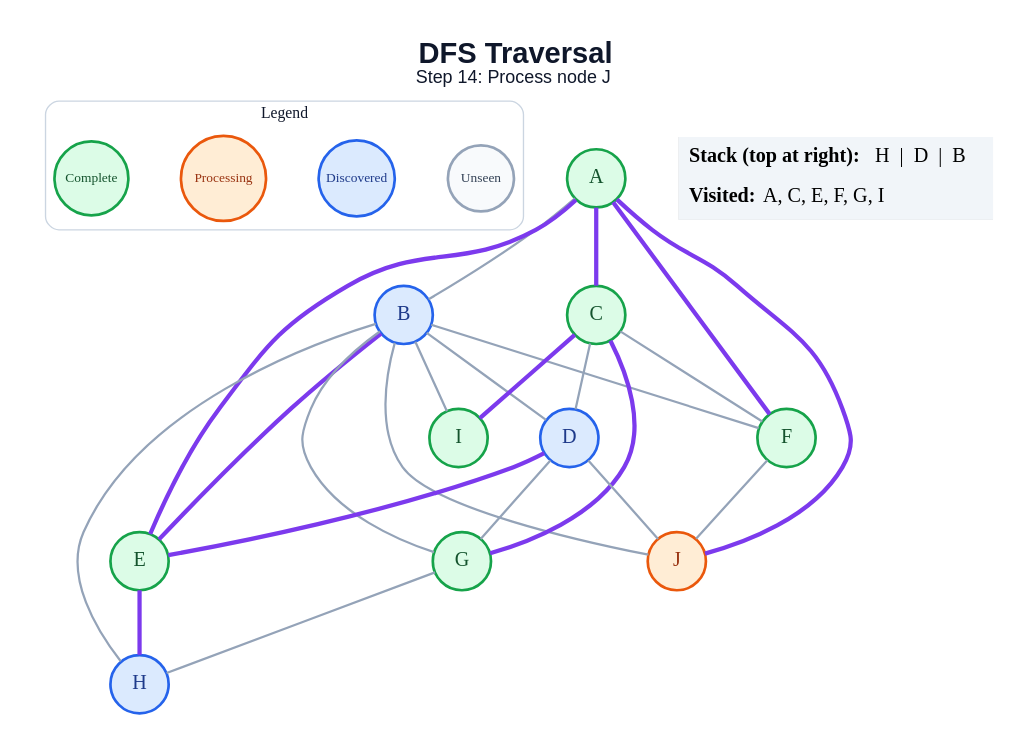
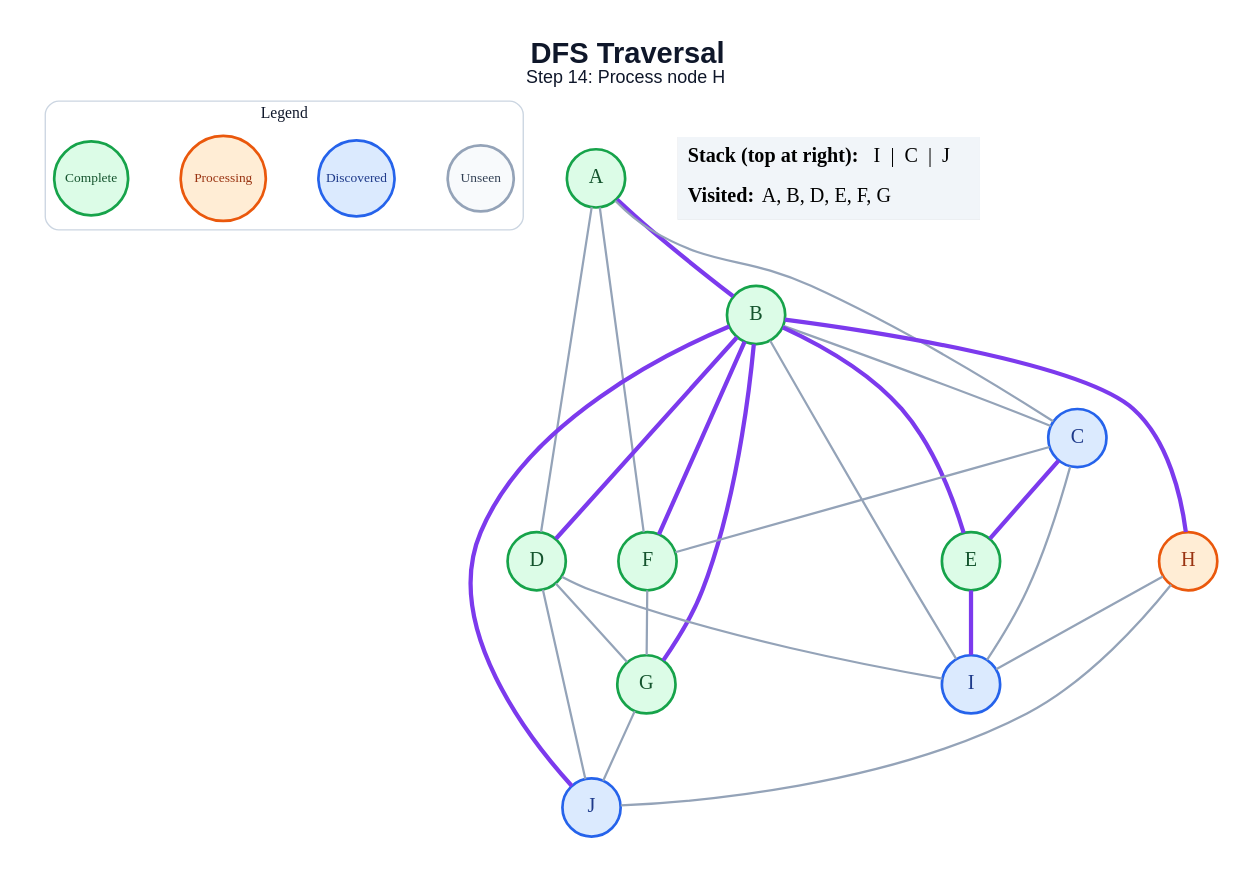
Before and after one commit to anon7238593-create/ai-slop: the diagram in generated/specific-node/dfs/step_14.dot, drawn with Graphviz. The commit also changed 178 other files, not shown here.

```diff
--- a/generated/specific-node/dfs/step_14.dot
+++ b/generated/specific-node/dfs/step_14.dot
@@ -1,51 +1,52 @@
 graph traversal {
   graph [layout=dot, rankdir=TB, bgcolor="#FFFFFF", pad="0.35", nodesep="0.65", ranksep="0.8", fontname="Arial"];
   node [shape=circle, style="filled", fontname="Arial Bold", fontsize=18, width=0.72, fixedsize=true, penwidth=2.4];
   edge [color="#94A3B8", penwidth=2.0];
-  label=<<B>DFS Traversal</B><BR/><FONT POINT-SIZE="16">Step 14: Process node J</FONT>>; labelloc="t"; fontsize=26; fontname="Arial"; fontcolor="#0F172A";
+  label=<<B>DFS Traversal</B><BR/><FONT POINT-SIZE="16">Step 14: Process node H</FONT>>; labelloc="t"; fontsize=26; fontname="Arial"; fontcolor="#0F172A";
   subgraph cluster_legend { label="Legend"; color="#CBD5E1"; penwidth=1.2; style="rounded"; fontsize=14; fontname="Arial Bold";
     key_unseen [label="Unseen", fillcolor="#F8FAFC", color="#94A3B8", fontcolor="#334155", fontsize=12, width=0.82];
     key_frontier [label="Discovered", fillcolor="#DBEAFE", color="#2563EB", fontcolor="#1E3A8A", fontsize=12, width=0.95];
     key_current [label="Processing", fillcolor="#FFEDD5", color="#EA580C", fontcolor="#9A3412", fontsize=12, width=1.05];
     key_done [label="Complete", fillcolor="#DCFCE7", color="#16A34A", fontcolor="#14532D", fontsize=12, width=0.92];
     { rank=same; key_unseen; key_frontier; key_current; key_done; }
   }
   A [fillcolor="#DCFCE7", color="#16A34A", fontcolor="#14532D"];
-  B [fillcolor="#DBEAFE", color="#2563EB", fontcolor="#1E3A8A"];
-  C [fillcolor="#DCFCE7", color="#16A34A", fontcolor="#14532D"];
-  D [fillcolor="#DBEAFE", color="#2563EB", fontcolor="#1E3A8A"];
+  B [fillcolor="#DCFCE7", color="#16A34A", fontcolor="#14532D"];
+  C [fillcolor="#DBEAFE", color="#2563EB", fontcolor="#1E3A8A"];
+  D [fillcolor="#DCFCE7", color="#16A34A", fontcolor="#14532D"];
   E [fillcolor="#DCFCE7", color="#16A34A", fontcolor="#14532D"];
   F [fillcolor="#DCFCE7", color="#16A34A", fontcolor="#14532D"];
   G [fillcolor="#DCFCE7", color="#16A34A", fontcolor="#14532D"];
-  H [fillcolor="#DBEAFE", color="#2563EB", fontcolor="#1E3A8A"];
-  I [fillcolor="#DCFCE7", color="#16A34A", fontcolor="#14532D"];
-  J [fillcolor="#FFEDD5", color="#EA580C", fontcolor="#9A3412"];
-  A -- B;
-  A -- C [color="#7C3AED", penwidth=3.8];
-  A -- E [color="#7C3AED", penwidth=3.8];
-  A -- F [color="#7C3AED", penwidth=3.8];
-  A -- J [color="#7C3AED", penwidth=3.8];
-  B -- D;
+  H [fillcolor="#FFEDD5", color="#EA580C", fontcolor="#9A3412"];
+  I [fillcolor="#DBEAFE", color="#2563EB", fontcolor="#1E3A8A"];
+  J [fillcolor="#DBEAFE", color="#2563EB", fontcolor="#1E3A8A"];
+  A -- B [color="#7C3AED", penwidth=3.8];
+  A -- C;
+  A -- D;
+  A -- F;
+  B -- C;
+  B -- D [color="#7C3AED", penwidth=3.8];
   B -- E [color="#7C3AED", penwidth=3.8];
-  B -- F;
-  B -- G;
-  B -- H;
+  B -- F [color="#7C3AED", penwidth=3.8];
+  B -- G [color="#7C3AED", penwidth=3.8];
+  B -- H [color="#7C3AED", penwidth=3.8];
   B -- I;
-  B -- J;
-  C -- D;
+  B -- J [color="#7C3AED", penwidth=3.8];
+  C -- E [color="#7C3AED", penwidth=3.8];
   C -- F;
-  C -- G [color="#7C3AED", penwidth=3.8];
-  C -- I [color="#7C3AED", penwidth=3.8];
-  D -- E [color="#7C3AED", penwidth=3.8];
+  C -- I;
   D -- G;
+  D -- I;
   D -- J;
-  E -- H [color="#7C3AED", penwidth=3.8];
-  F -- J;
-  G -- H;
+  E -- I [color="#7C3AED", penwidth=3.8];
+  F -- G;
+  G -- J;
+  H -- I;
+  H -- J;
   status [shape=plain, fixedsize=false, width=0, height=0, margin=0, label=<
     <TABLE BORDER="0" CELLBORDER="0" CELLPADDING="7" BGCOLOR="#F1F5F9">
-      <TR><TD ALIGN="LEFT"><B>Stack (top at right):</B> H  |  D  |  B</TD></TR>
-      <TR><TD ALIGN="LEFT"><B>Visited:</B> A, C, E, F, G, I</TD></TR>
+      <TR><TD ALIGN="LEFT"><B>Stack (top at right):</B> I  |  C  |  J</TD></TR>
+      <TR><TD ALIGN="LEFT"><B>Visited:</B> A, B, D, E, F, G</TD></TR>
     </TABLE>
   >];
 }
```
